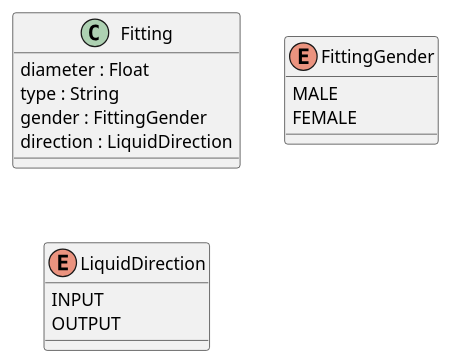
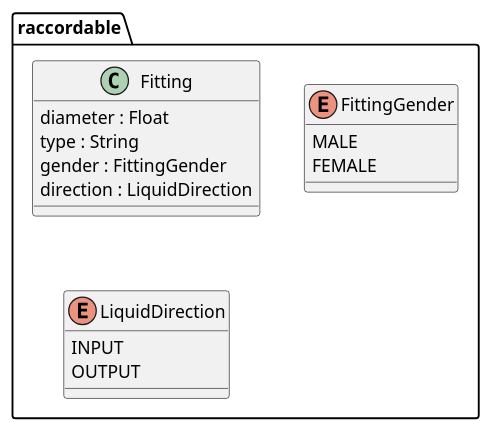
Before and after one commit to beerfactory/brewbox-uml: the diagram in src/class/include/fitting.iuml, drawn with PlantUML. The commit also changed 9 other files, not shown here.

```diff
--- a/src/class/include/fitting.iuml
+++ b/src/class/include/fitting.iuml
@@ -1,16 +1,19 @@
-class Fitting {
-    diameter : Float
-    type : String
-    gender : FittingGender
-    direction : LiquidDirection
+package raccordable {
+
+	class Fitting {
+	    diameter : Float
+	    type : String
+	    gender : FittingGender
+	    direction : LiquidDirection
+	}
+
+	enum FittingGender {
+	    MALE
+	    FEMALE
+	}
+
+	enum LiquidDirection {
+		INPUT
+		OUTPUT
+	}
 }
-
-enum FittingGender {
-    MALE
-    FEMALE
-}
-
-enum LiquidDirection {
-	INPUT
-	OUTPUT
-}
```
